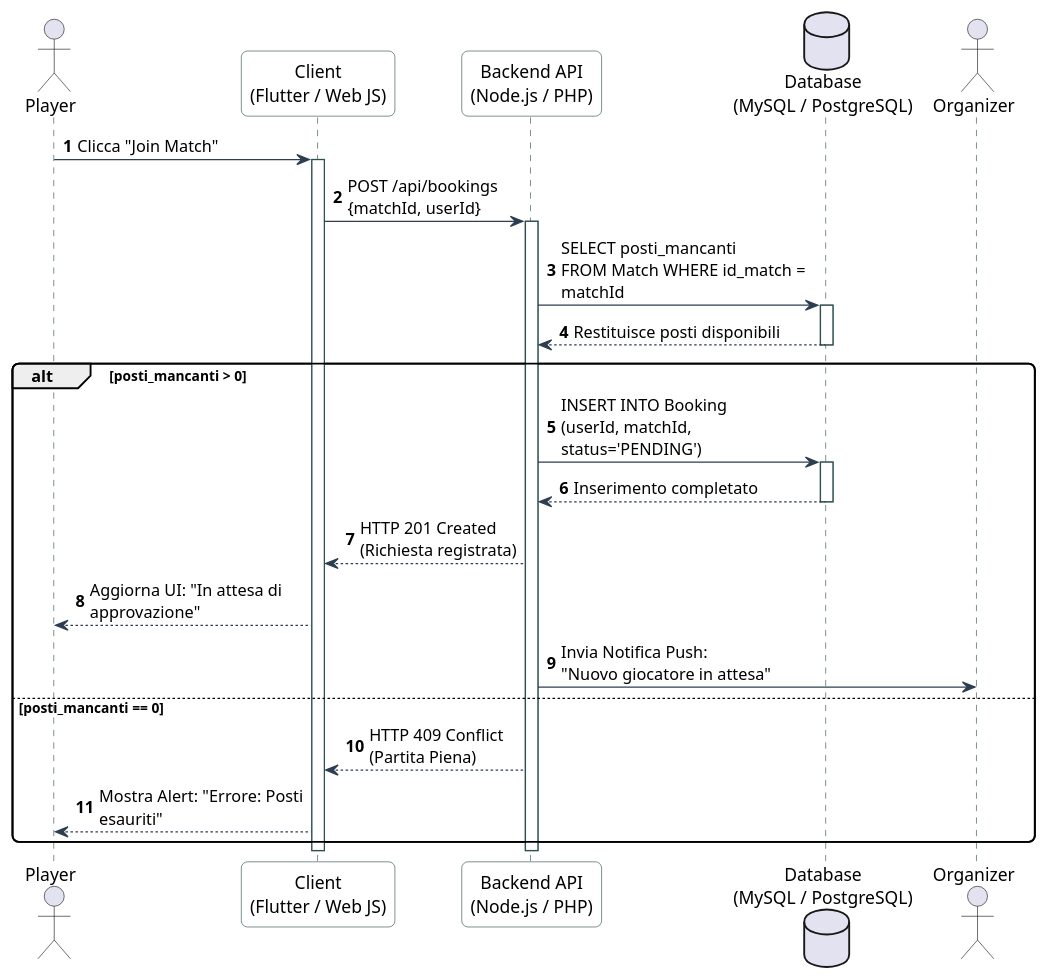
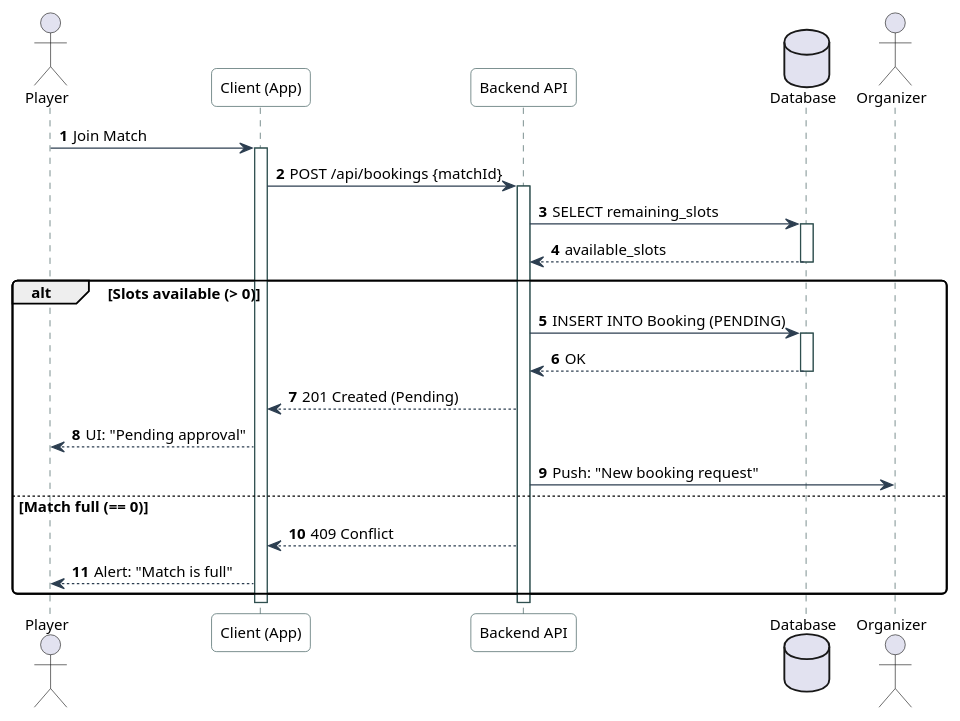
The diagram in UML/sequence.puml (MarianiFabio/sport-matchmaker-flutter), drawn with PlantUML before and after one commit. The commit also changed 24 other files, not shown here.

Commit message:
Ultime modifiche UML e tentativo di collegare DB a App

```diff
--- a/UML/sequence.puml
+++ b/UML/sequence.puml
@@ -1,48 +1,49 @@
 @startuml
-skinparam roundcorner 10
-skinparam maxmessagesize 200
+skinparam roundcorner 8
+skinparam defaultFontSize 12
+skinparam BoxPadding 10
+skinparam responseMessageBelowArrow false
+
 skinparam sequence {
     ParticipantBackgroundColor White
     ParticipantBorderColor DarkSlateGray
     LifeLineBorderColor DarkSlateGray
     ArrowColor #2C3E50
 }
 autonumber
 
 actor "Player" as P
-participant "Client\n(Flutter / Web JS)" as C
-participant "Backend API\n(Node.js / PHP)" as S
-database "Database\n(MySQL / PostgreSQL)" as DB
+participant "Client (App)" as C
+participant "Backend API" as S
+database "Database" as DB
 actor "Organizer" as O
 
-P -> C : Clicca "Join Match" 
+P -> C : Join Match
 activate C
 
-C -> S : POST /api/bookings\n{matchId, userId}
+C -> S : POST /api/bookings {matchId}
 activate S
 
-S -> DB : SELECT posti_mancanti \nFROM Match WHERE id_match = matchId
+S -> DB : SELECT remaining_slots
 activate DB
-DB --> S : Restituisce posti disponibili
+DB --> S : available_slots
 deactivate DB
 
-alt posti_mancanti > 0
-    S -> DB : INSERT INTO Booking\n(userId, matchId, status='PENDING')
+alt Slots available (> 0)
+    S -> DB : INSERT INTO Booking (PENDING)
     activate DB
-    DB --> S : Inserimento completato
+    DB --> S : OK
     deactivate DB
 
-    S --> C : HTTP 201 Created\n(Richiesta registrata)
-    
-    C --> P : Aggiorna UI: "In attesa di approvazione"
-    
-    S -> O : Invia Notifica Push:\n"Nuovo giocatore in attesa"
+    S --> C : 201 Created (Pending)
+    C --> P : UI: "Pending approval"
+    S -> O : Push: "New booking request"
 
-else posti_mancanti == 0
-    S --> C : HTTP 409 Conflict\n(Partita Piena)
-    C --> P : Mostra Alert: "Errore: Posti esauriti"
+else Match full (== 0)
+    S --> C : 409 Conflict
+    C --> P : Alert: "Match is full"
 end
+
 deactivate S
 deactivate C
-
 @enduml
```
